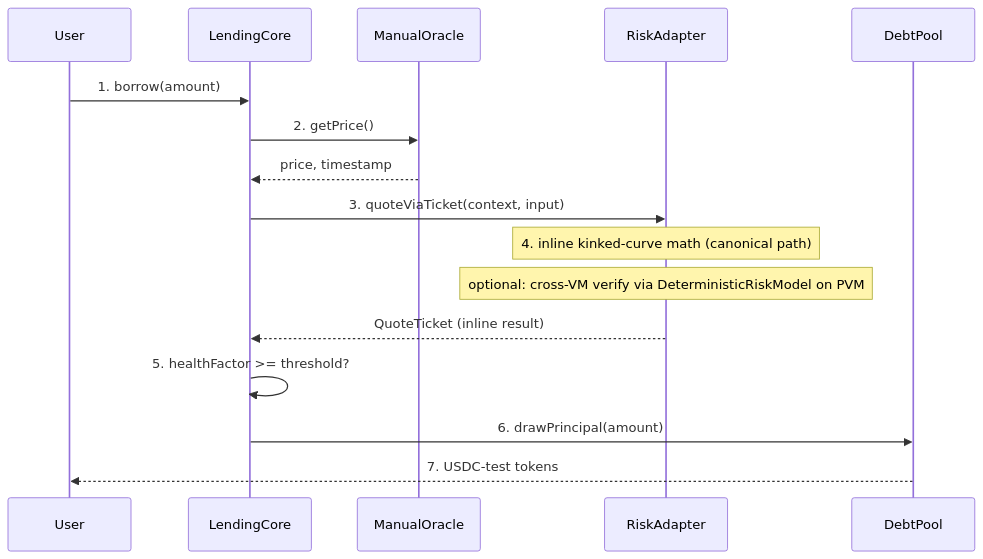
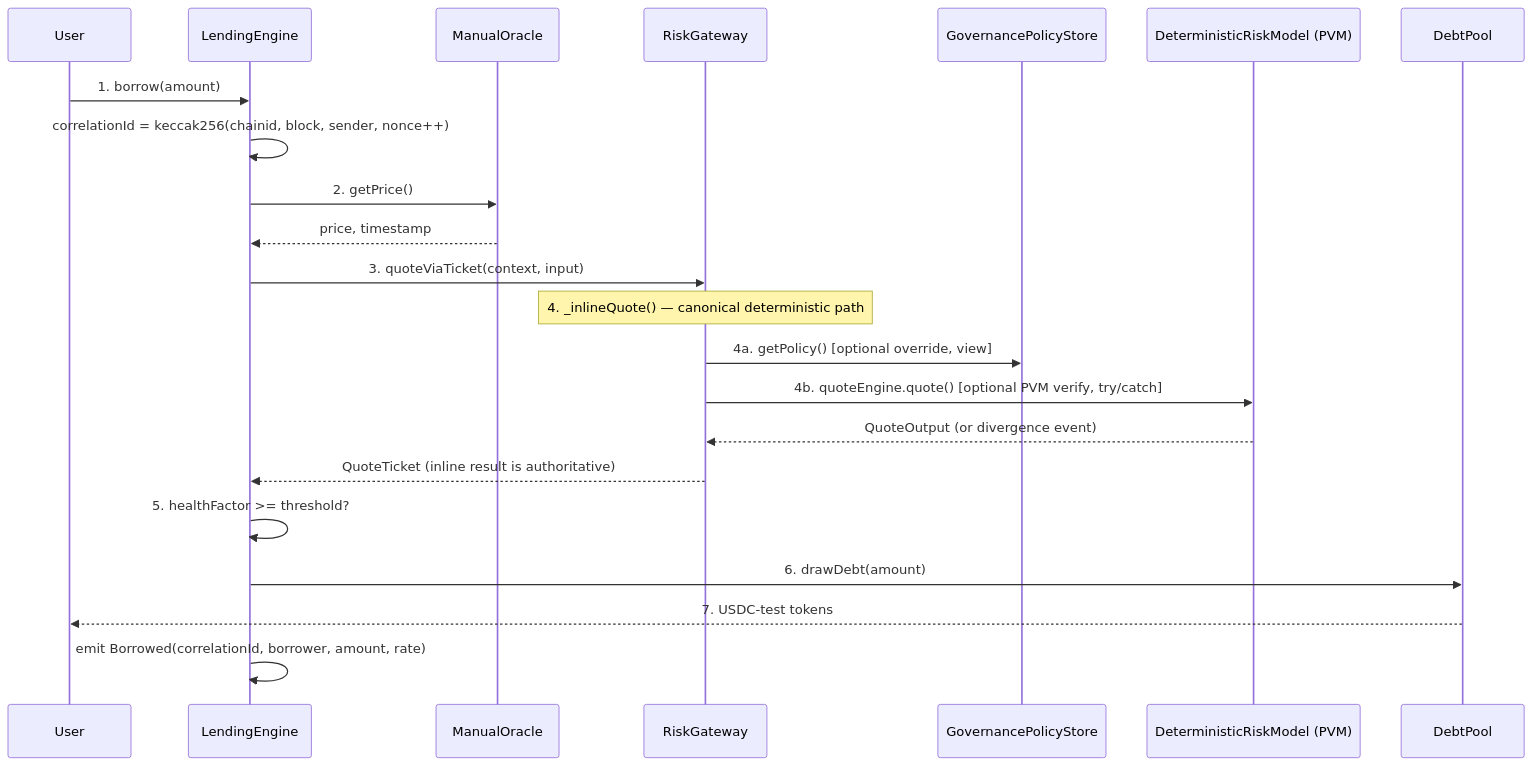
One commit to symulacr/dualvm-lending changed the second of 10 diagrams in README.md. Above: the diagram before and after it, drawn with Mermaid. The commit also changed other lines of this file and 2 other files, not shown here.

First line of the commit message:
docs: update architecture docs to reflect M11 bilateral-async-unified system

````diff
--- a/README.md
+++ b/README.md
@@ -100,18 +105,24 @@
 ```mermaid
 sequenceDiagram
     participant U as User
-    participant LC as LendingCore
+    participant LE as LendingEngine
     participant MO as ManualOracle
-    participant RA as RiskAdapter
+    participant RG as RiskGateway
+    participant GPS as GovernancePolicyStore
+    participant DRM as DeterministicRiskModel (PVM)
     participant DP as DebtPool
-    U->>LC: 1. borrow(amount)
-    LC->>MO: 2. getPrice()
-    MO-->>LC: price, timestamp
-    LC->>RA: 3. quoteViaTicket(context, input)
-    Note over RA: 4. inline kinked-curve math (canonical path)
-    Note over RA: optional: cross-VM verify via DeterministicRiskModel on PVM
-    RA-->>LC: QuoteTicket (inline result)
-    LC->>LC: 5. healthFactor >= threshold?
-    LC->>DP: 6. drawPrincipal(amount)
+    U->>LE: 1. borrow(amount)
+    LE->>LE: correlationId = keccak256(chainid, block, sender, nonce++)
+    LE->>MO: 2. getPrice()
+    MO-->>LE: price, timestamp
+    LE->>RG: 3. quoteViaTicket(context, input)
+    Note over RG: 4. _inlineQuote() — canonical deterministic path
+    RG->>GPS: 4a. getPolicy() [optional override, view]
+    RG->>DRM: 4b. quoteEngine.quote() [optional PVM verify, try/catch]
+    DRM-->>RG: QuoteOutput (or divergence event)
+    RG-->>LE: QuoteTicket (inline result is authoritative)
+    LE->>LE: 5. healthFactor >= threshold?
+    LE->>DP: 6. drawDebt(amount)
     DP-->>U: 7. USDC-test tokens
+    LE->>LE: emit Borrowed(correlationId, borrower, amount, rate)
 ```
````
